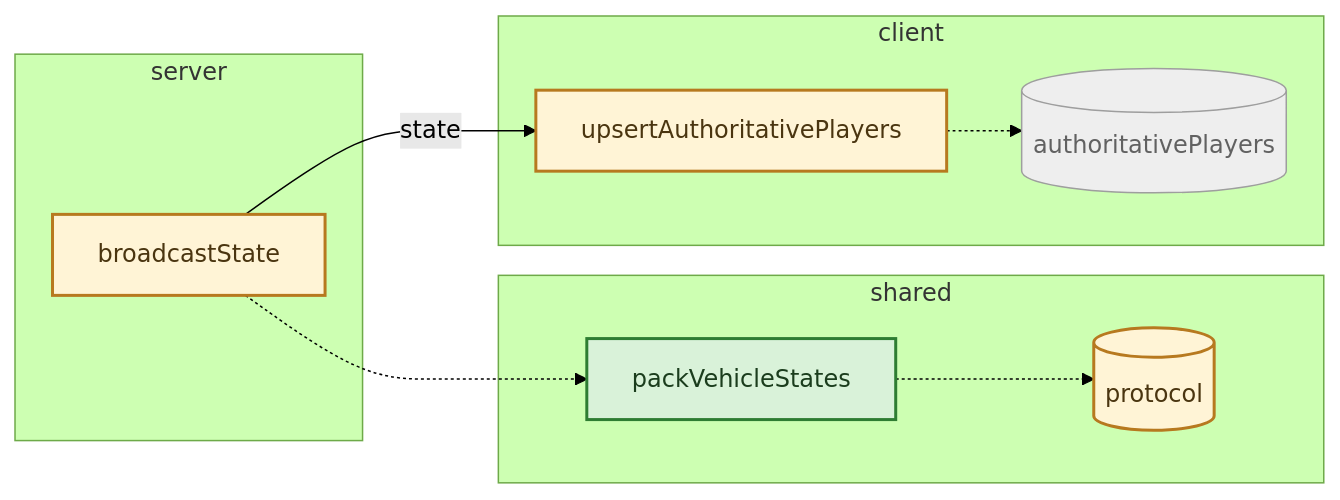
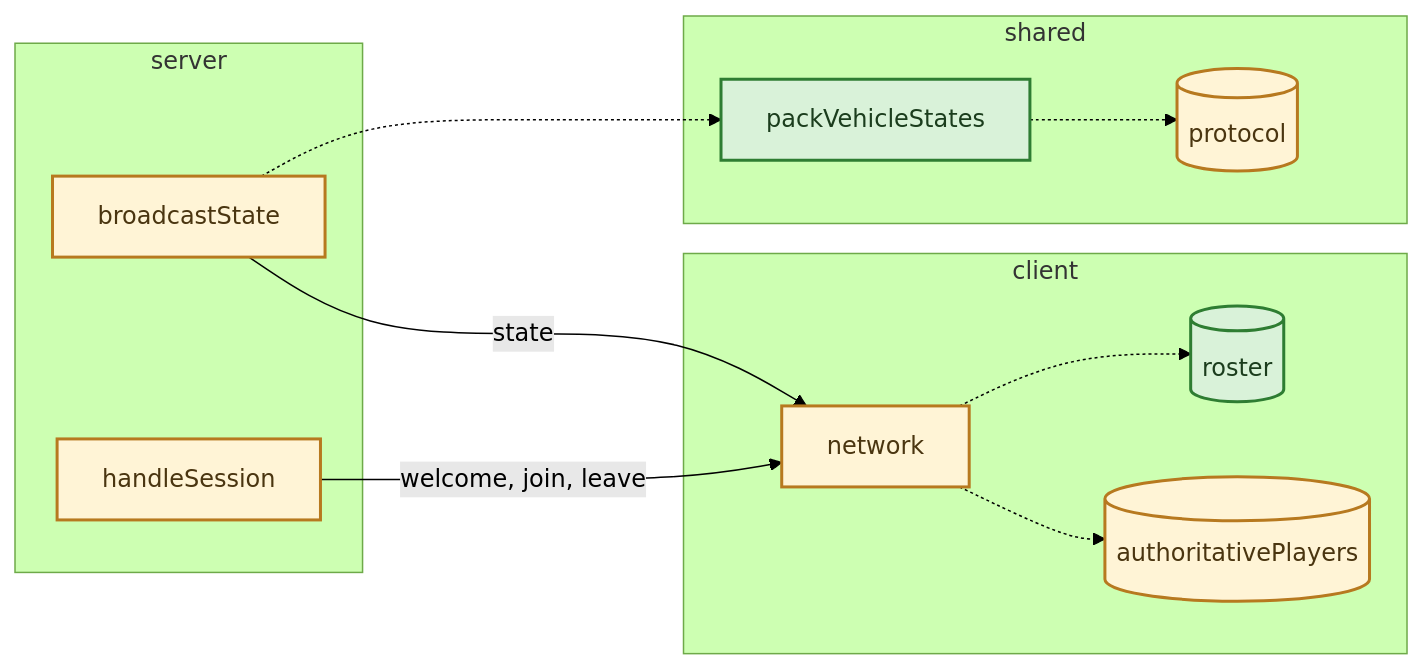
One commit to ChaDonSom/game-loop changed the first of 3 diagrams in notes/plans/issue-12-flip-multiplayer-portrait.md. Above: the diagram before and after it, drawn with Mermaid (forest theme). The commit also changed other lines of this file and 1 other file, not shown here.

First line of the commit message:
Plan rev 2: reliable join/leave, spawn clear check, owner choices; roadmap entry for issue 13

````diff
--- a/notes/plans/issue-12-flip-multiplayer-portrait.md
+++ b/notes/plans/issue-12-flip-multiplayer-portrait.md
@@ -74,24 +104,27 @@
 ```mermaid
 flowchart LR
   subgraph shared
     proto[(protocol)]
     pack[packVehicleStates]
   end
   subgraph server
     bcast[broadcastState]
+    sess[handleSession]
   end
   subgraph client
-    net[upsertAuthoritativePlayers]
+    net[network]
+    roster[(roster)]
     store[(authoritativePlayers)]
   end
   bcast -.-> pack
   pack -.-> proto
   bcast -->|state| net
+  sess -->|welcome, join, leave| net
+  net -.-> roster
   net -.-> store
-  class pack new
-  class bcast,net,proto changed
-  class store existing
+  class pack,roster new
+  class bcast,sess,net,proto,store changed
   classDef new fill:#d9f2d9,stroke:#2e7d32,stroke-width:2px,color:#1b3d1d
   classDef changed fill:#fff4d6,stroke:#b7791f,stroke-width:2px,color:#4a3510
   classDef existing fill:#eeeeee,stroke:#9e9e9e,color:#616161
 ```
````
